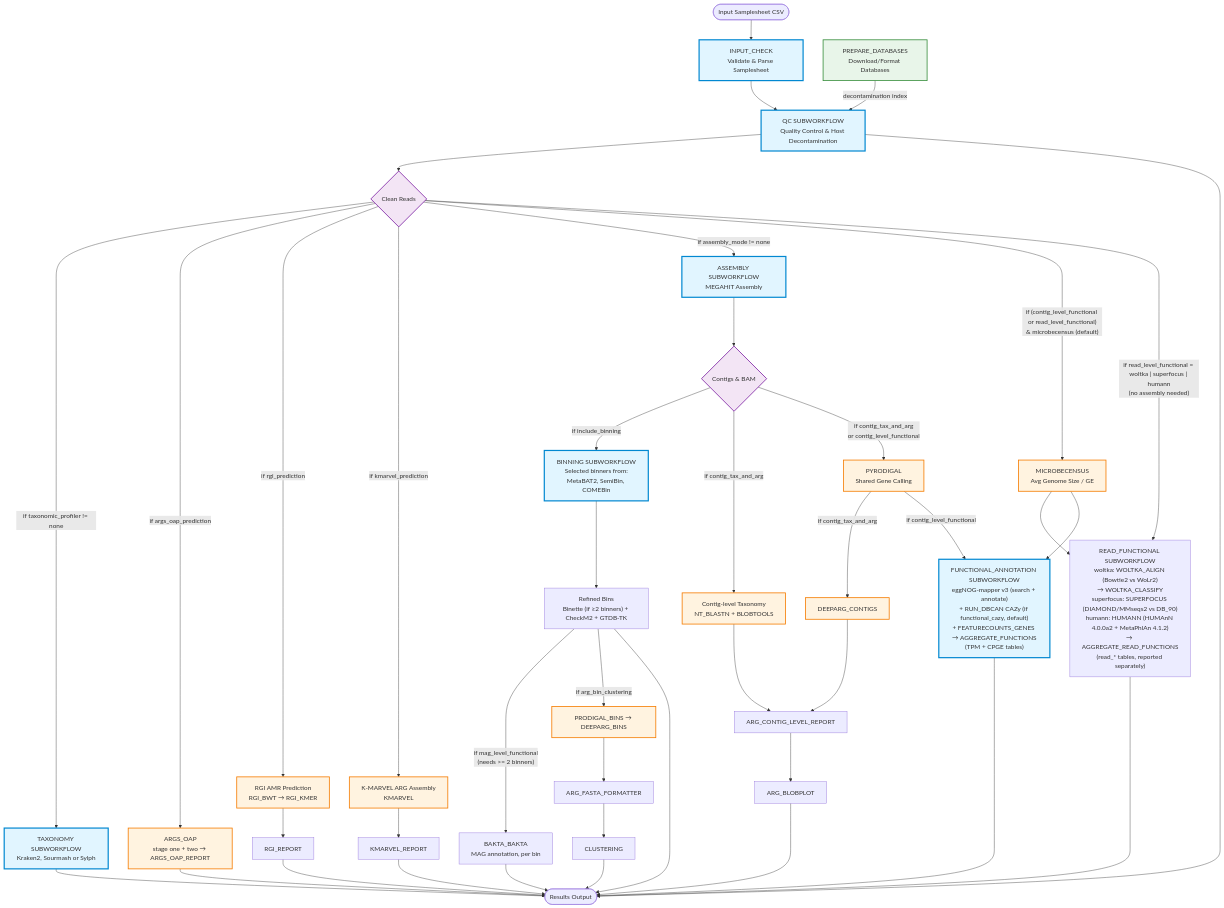
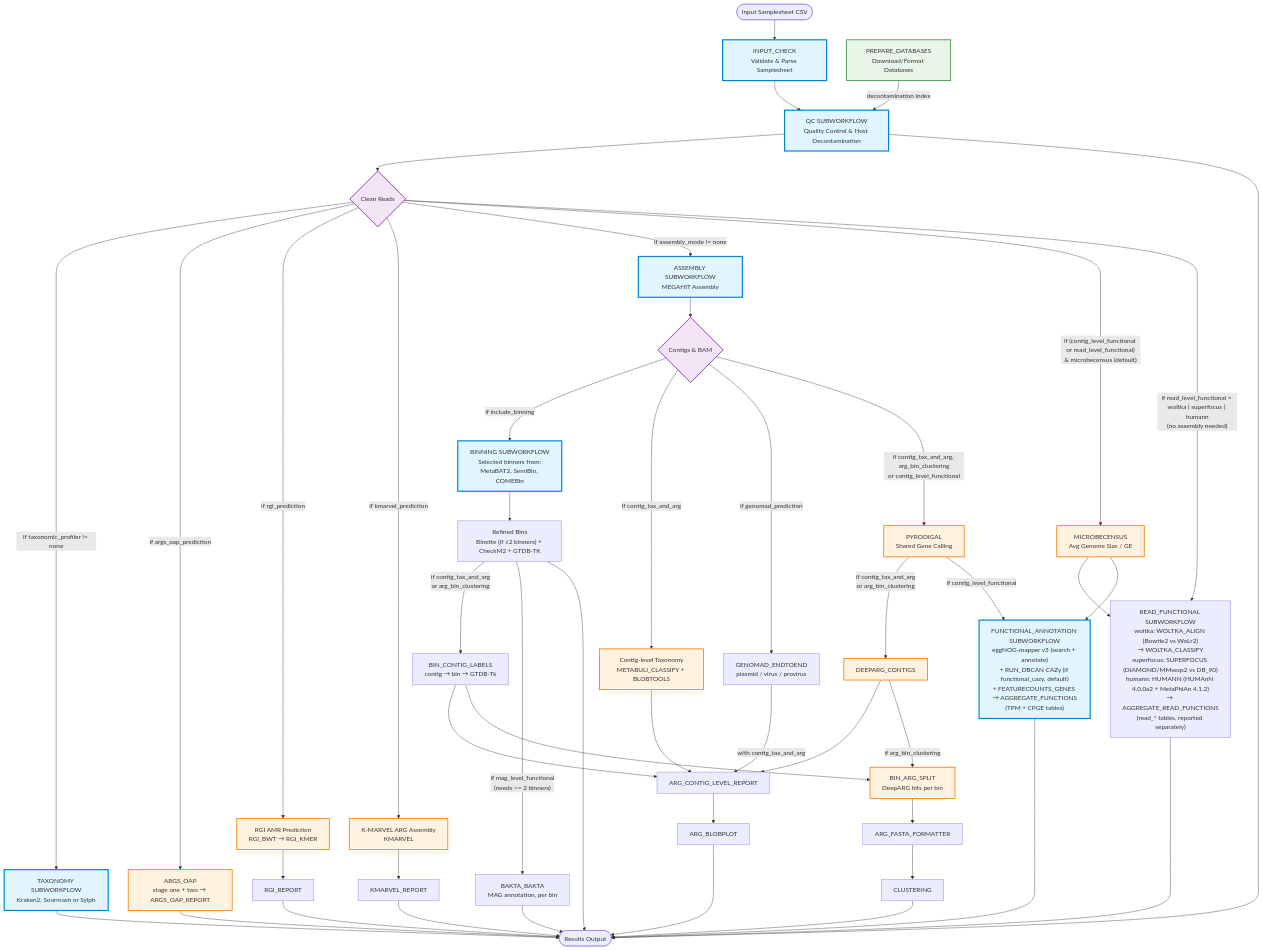
The first of 8 diagrams in docs/WORKFLOW_DIAGRAM.md (gene2dis/BugBuster), drawn with Mermaid before and after one commit. The commit also changed other lines of this file and 5 other files, not shown here.

First line of the commit message:
docs: Metabuli contig taxonomy, geNomad, bin-level ARGs from DEEPARG_CONTIGS

```diff
--- a/docs/WORKFLOW_DIAGRAM.md
+++ b/docs/WORKFLOW_DIAGRAM.md
@@ -41,10 +41,14 @@
     Binning --> RefinedBins["Refined Bins<br/>Binette (if ≥2 binners) + CheckM2 + GTDB-TK"]
     
     %% Contig-level Analysis Branch
-    Contigs -->|if contig_tax_and_arg| ContigTax[Contig-level Taxonomy<br/>NT_BLASTN + BLOBTOOLS]
-    Contigs -->|"if contig_tax_and_arg<br/>or contig_level_functional"| Pyrodigal[PYRODIGAL<br/>Shared Gene Calling]
-    Pyrodigal -->|if contig_tax_and_arg| ContigARG[DEEPARG_CONTIGS]
+    Contigs -->|if contig_tax_and_arg| ContigTax[Contig-level Taxonomy<br/>METABULI_CLASSIFY + BLOBTOOLS]
+    Contigs -->|if genomad_prediction| Genomad[GENOMAD_ENDTOEND<br/>plasmid / virus / provirus]
+    Contigs -->|"if contig_tax_and_arg, arg_bin_clustering<br/>or contig_level_functional"| Pyrodigal[PYRODIGAL<br/>Shared Gene Calling]
+    Pyrodigal -->|"if contig_tax_and_arg<br/>or arg_bin_clustering"| ContigARG[DEEPARG_CONTIGS]
+    RefinedBins -->|"if contig_tax_and_arg<br/>or arg_bin_clustering"| BinLabels[BIN_CONTIG_LABELS<br/>contig → bin → GTDB-Tk]
     ContigTax --> ARGContigReport
+    Genomad -->|with contig_tax_and_arg| ARGContigReport
+    BinLabels --> ARGContigReport
     ContigARG --> ARGContigReport[ARG_CONTIG_LEVEL_REPORT]
     ARGContigReport --> ARGBlobplot[ARG_BLOBPLOT]
 
@@ -57,7 +61,8 @@
     RefinedBins -->|"if mag_level_functional<br/>(needs >= 2 binners)"| Bakta[BAKTA_BAKTA<br/>MAG annotation, per bin]
 
     %% Bin ARG Clustering Branch
-    RefinedBins -->|if arg_bin_clustering| BinARG[PRODIGAL_BINS → DEEPARG_BINS]
+    ContigARG -->|if arg_bin_clustering| BinARG[BIN_ARG_SPLIT<br/>DeepARG hits per bin]
+    BinLabels --> BinARG
     BinARG --> ARGFormat[ARG_FASTA_FORMATTER]
     ARGFormat --> Clustering[CLUSTERING]
     
```
